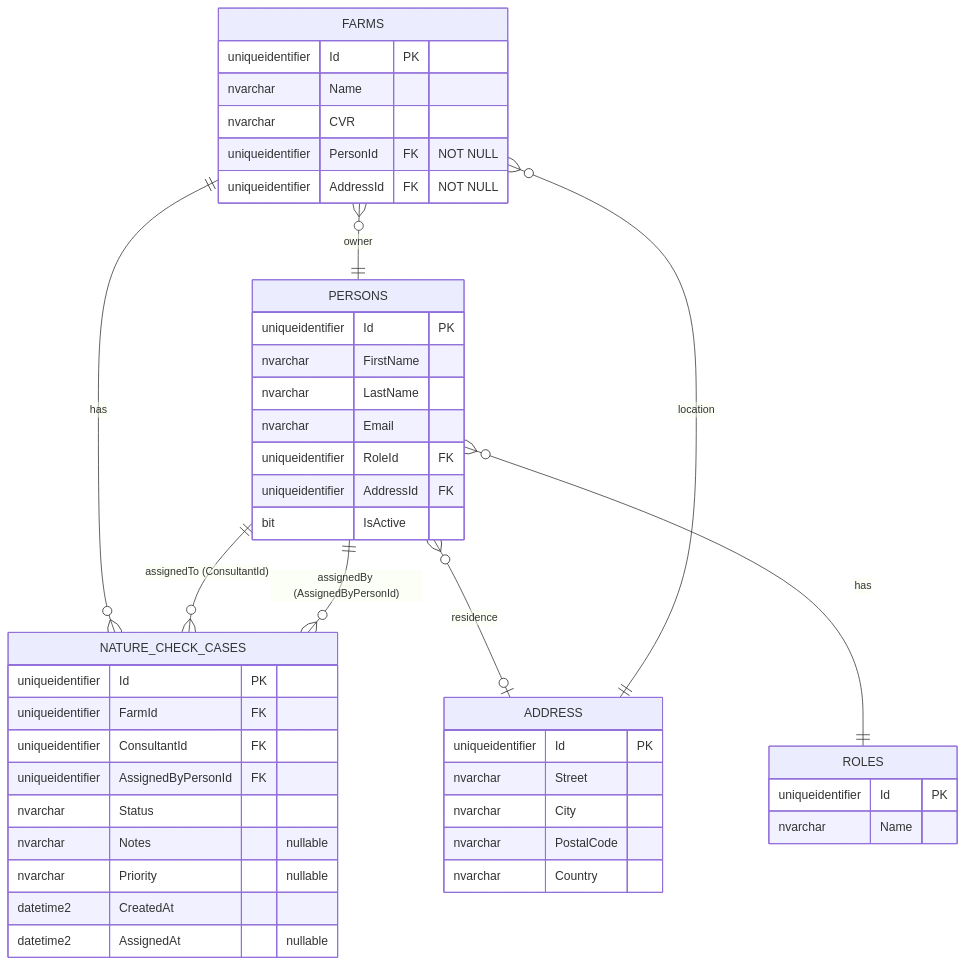
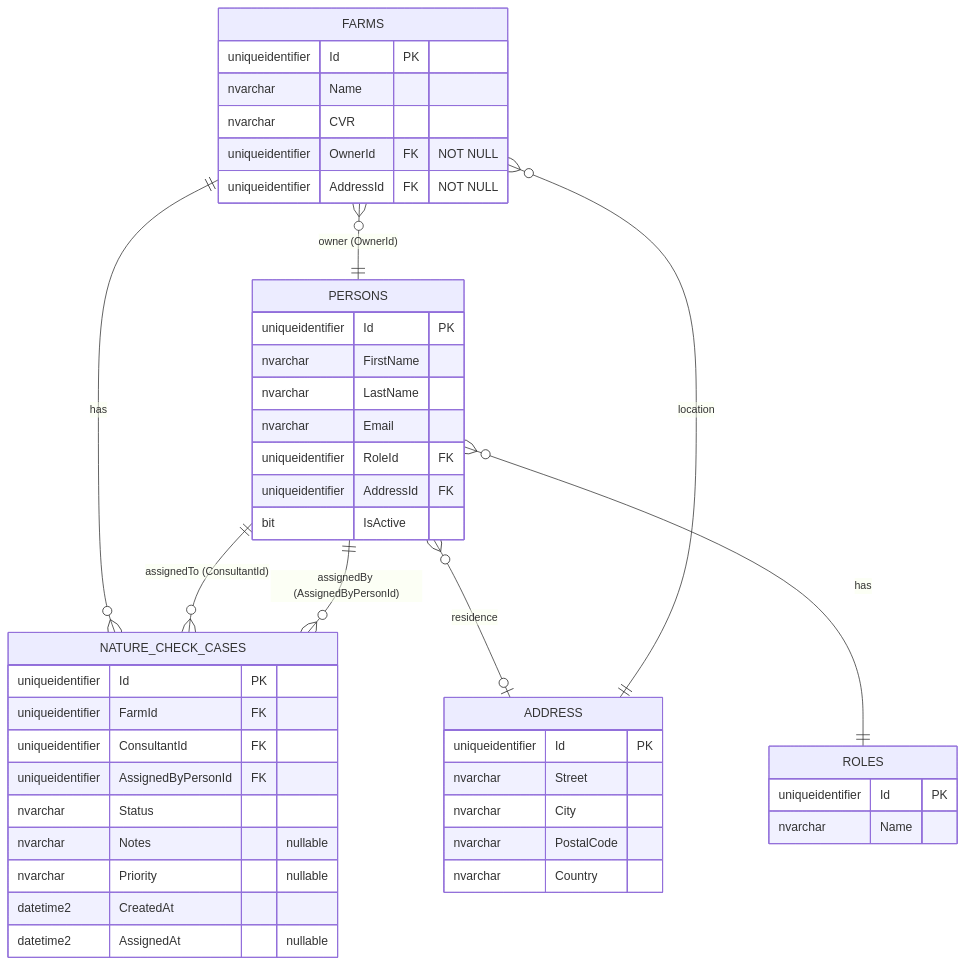
One commit to DMOoF25-TEAM11/ArlaNatureConnect changed the diagram in docs/UseCase002B-AssignNatureCheckCase/UC002B-ER.md. Above: the diagram before and after it, drawn with Mermaid. The commit also changed other lines of this file and 22 other files, not shown here.

Commit message:
Artefact update for UC001, UC002B... And Total Update for DCD.md, DomainModel.md and ER.md with UC001 & UC002B.... Plus fix so Farmer can be connected with multiple farms with different CVR numbers. When Arla Employee writes more farms to the same email.

````diff
--- a/docs/UseCase002B-AssignNatureCheckCase/UC002B-ER.md
+++ b/docs/UseCase002B-AssignNatureCheckCase/UC002B-ER.md
@@ -5,54 +5,54 @@
 ```mermaid
 erDiagram
     FARMS {
         uniqueidentifier Id PK
         nvarchar Name
         nvarchar CVR
-        uniqueidentifier PersonId FK "NOT NULL"
+        uniqueidentifier OwnerId FK "NOT NULL"
         uniqueidentifier AddressId FK "NOT NULL"
     }
 
     PERSONS {
         uniqueidentifier Id PK
         nvarchar FirstName
         nvarchar LastName
         nvarchar Email
         uniqueidentifier RoleId FK
         uniqueidentifier AddressId FK
         bit IsActive
     }
 
     ROLES {
         uniqueidentifier Id PK
         nvarchar Name
     }
 
     ADDRESS {
         uniqueidentifier Id PK
         nvarchar Street
         nvarchar City
         nvarchar PostalCode
         nvarchar Country
     }
 
     NATURE_CHECK_CASES {
         uniqueidentifier Id PK
         uniqueidentifier FarmId FK
         uniqueidentifier ConsultantId FK
         uniqueidentifier AssignedByPersonId FK
         nvarchar Status
         nvarchar Notes "nullable"
         nvarchar Priority "nullable"
         datetime2 CreatedAt
         datetime2 AssignedAt "nullable"
     }
 
     %% Relationships
     FARMS ||--o{ NATURE_CHECK_CASES : "has"
     PERSONS ||--o{ NATURE_CHECK_CASES : "assignedTo (ConsultantId)"
     PERSONS ||--o{ NATURE_CHECK_CASES : "assignedBy (AssignedByPersonId)"
     PERSONS }o--|| ROLES : "has"
     PERSONS }o--o| ADDRESS : "residence"
     FARMS }o--|| ADDRESS : "location"
-    FARMS }o--|| PERSONS : "owner"
+    FARMS }o--|| PERSONS : "owner (OwnerId)"
 ```
````
